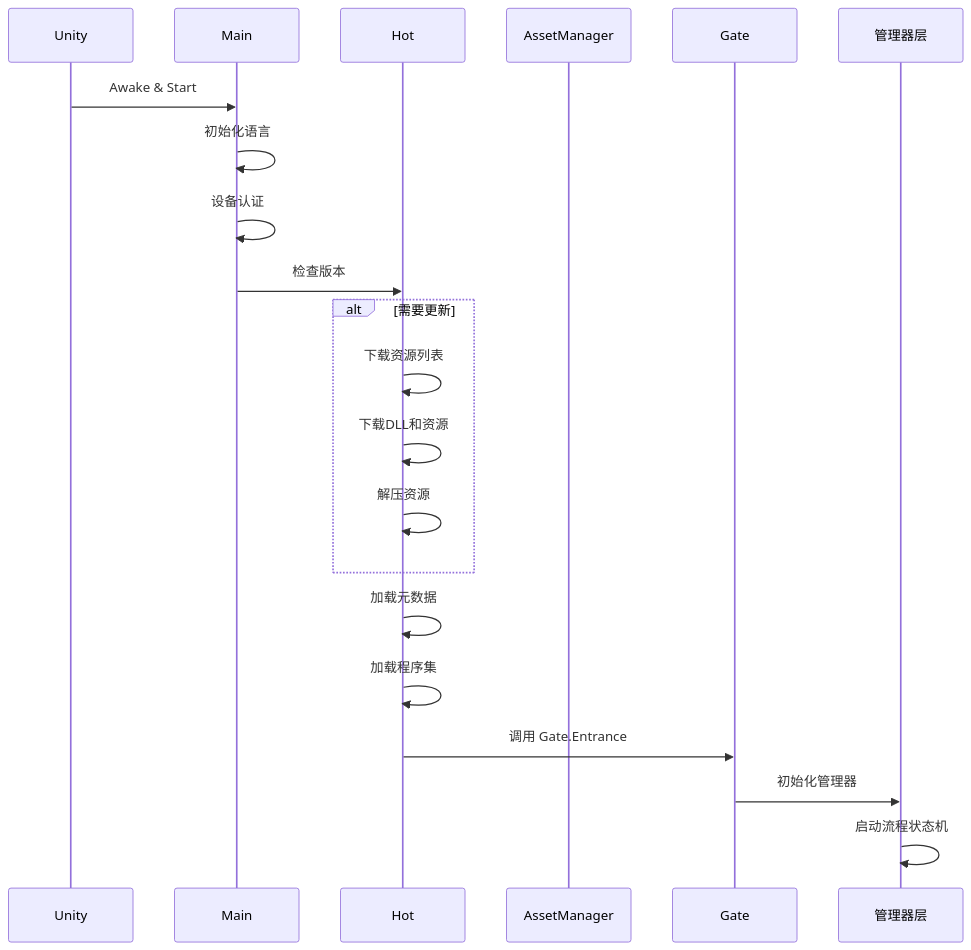
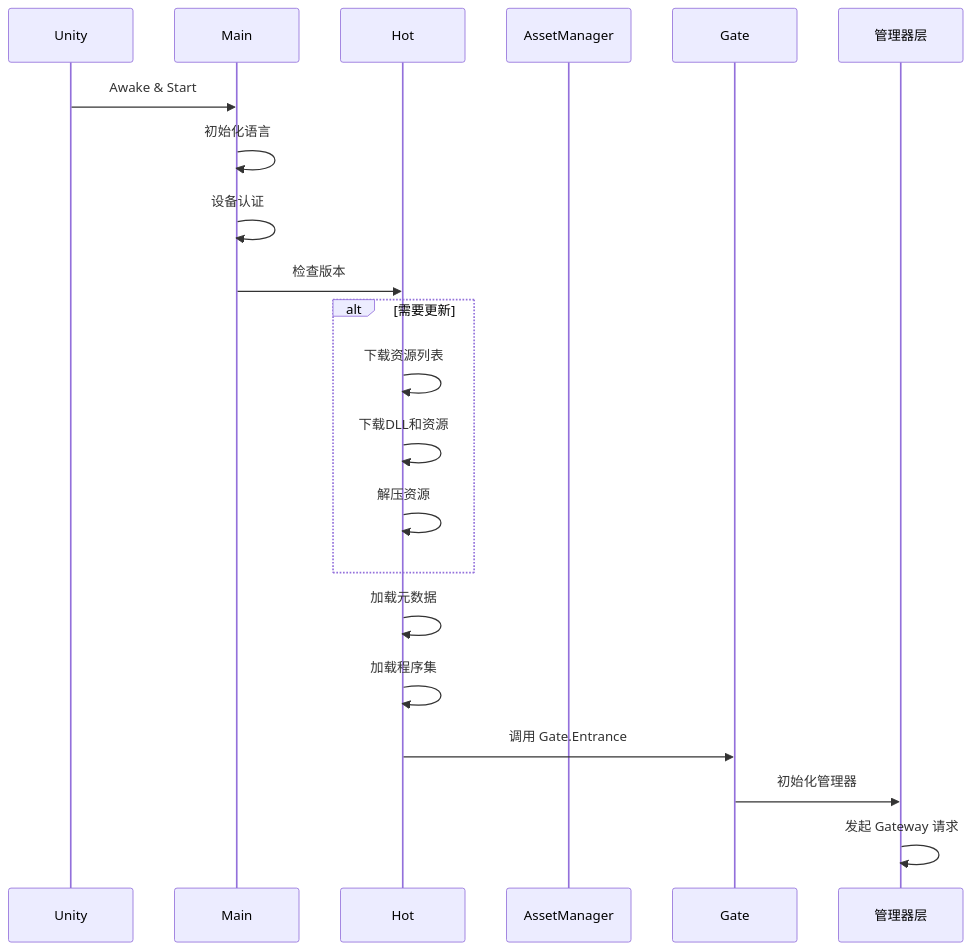
Before and after one commit to zlex001/LOA-Client: the first of 2 diagrams in Documents/Architecture/启动流程详解.md, drawn with Mermaid. The commit also changed other lines of this file and 16 other files, not shown here.

````diff
--- a/Documents/Architecture/启动流程详解.md
+++ b/Documents/Architecture/启动流程详解.md
@@ -7,24 +7,24 @@
 ```mermaid
 sequenceDiagram
     participant Unity
     participant Main
     participant Hot
     participant AssetManager
     participant Gate
     participant Manager as 管理器层
 
     Unity->>Main: Awake & Start
     Main->>Main: 初始化语言
     Main->>Main: 设备认证
     Main->>Hot: 检查版本
     alt 需要更新
         Hot->>Hot: 下载资源列表
         Hot->>Hot: 下载DLL和资源
         Hot->>Hot: 解压资源
     end
     Hot->>Hot: 加载元数据
     Hot->>Hot: 加载程序集
     Hot->>Gate: 调用 Gate.Entrance
     Gate->>Manager: 初始化管理器
-    Manager->>Manager: 启动流程状态机
+    Manager->>Manager: 发起 Gateway 请求
 ```
````
